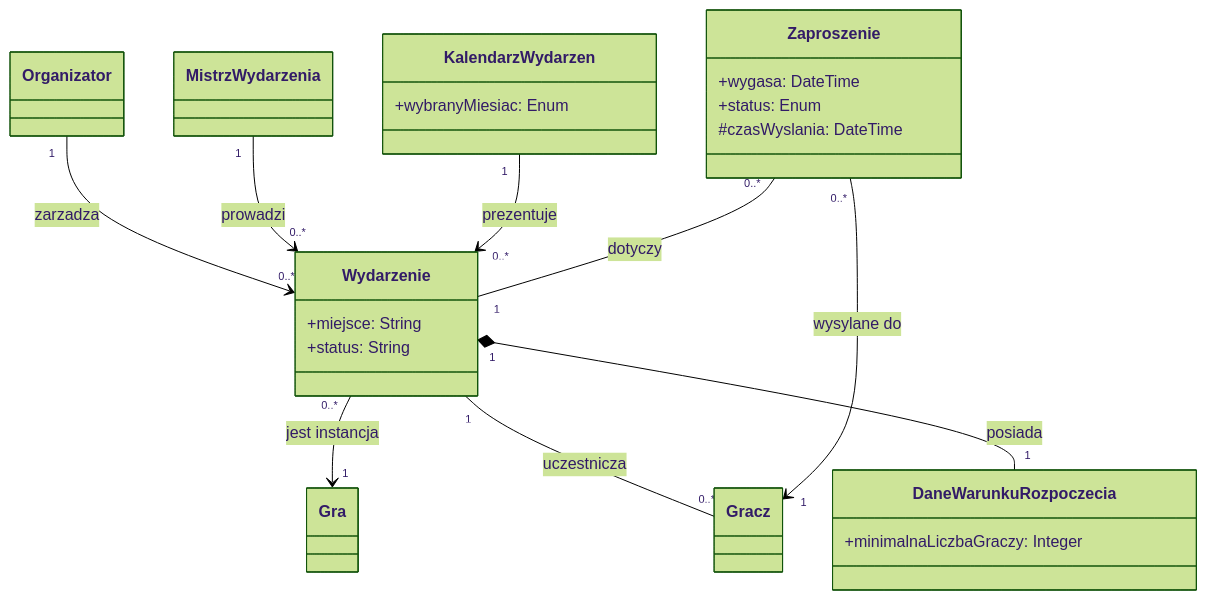
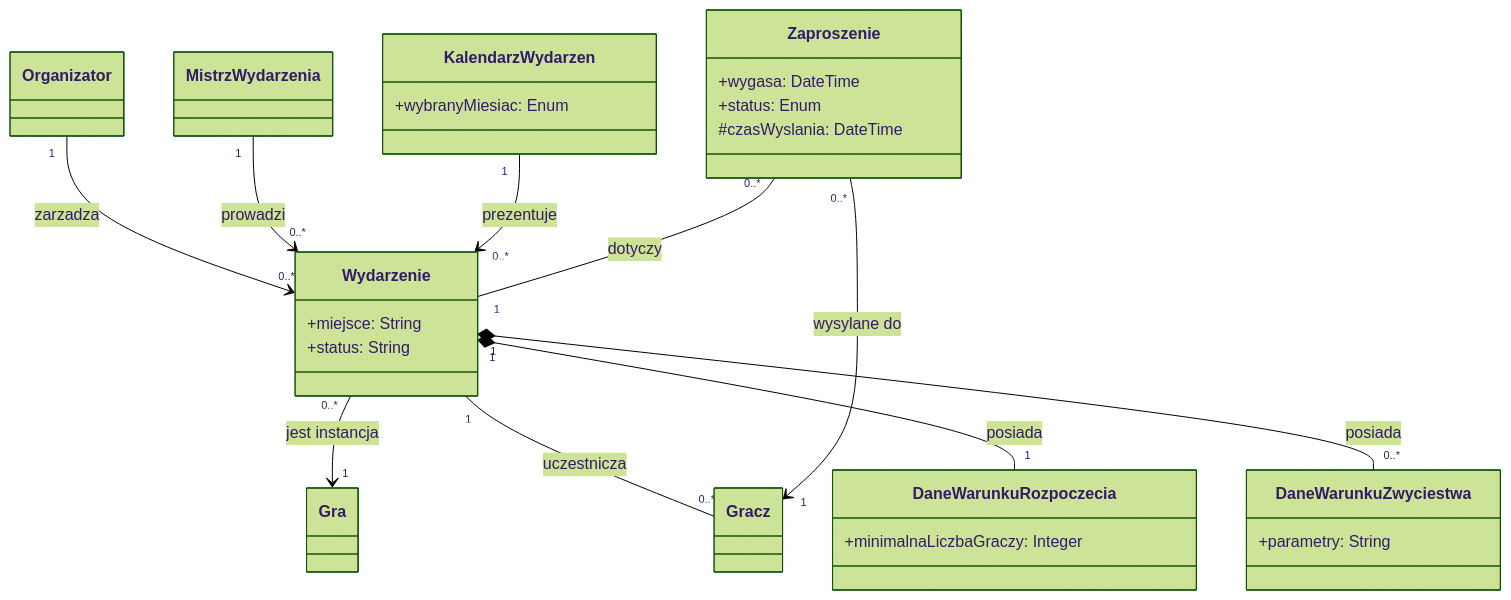
Before and after one commit to lzajka/project_iwo: the third of 19 diagrams in README.md, drawn with Mermaid (forest theme). The commit also changed other lines of this file, not shown here.

````diff
--- a/README.md
+++ b/README.md
@@ -781,47 +788,52 @@
 ```mermaid
 classDiagram
     direction TB
 
     class Gra {
     }
 
     class Organizator {
     }
 
     class MistrzWydarzenia {
     }
 
     class Gracz {
     }
 
     class Wydarzenie {
         +miejsce: String
         +status: String
     }
 
     class KalendarzWydarzen {
         +wybranyMiesiac: Enum
     }
 
     class Zaproszenie {
         +wygasa: DateTime
         +status: Enum
         #czasWyslania: DateTime
     }
 
     class DaneWarunkuRozpoczecia {
         +minimalnaLiczbaGraczy: Integer
     }
 
+    class DaneWarunkuZwyciestwa {
+        +parametry: String
+    }
+
     Organizator    "1" --> "0..*" Wydarzenie : zarzadza
     MistrzWydarzenia "1" --> "0..*" Wydarzenie : prowadzi
 
     Wydarzenie "0..*" --> "1"    Gra    : jest instancja
     Wydarzenie "1"    -- "0..*" Gracz  : uczestnicza
     Wydarzenie "1" *-- "1" DaneWarunkuRozpoczecia : posiada
+    Wydarzenie "1" *-- "0..*" DaneWarunkuZwyciestwa : posiada
 
     KalendarzWydarzen "1" --> "0..*" Wydarzenie : prezentuje
 
     Zaproszenie "0..*" --> "1" Gracz      : wysylane do
     Zaproszenie "0..*" -- "1" Wydarzenie : dotyczy
 ```
````
